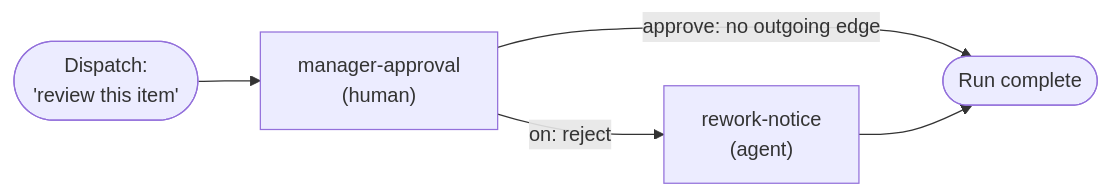
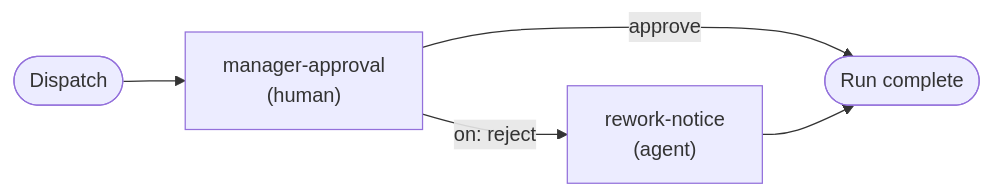
The diagram in ai/approval-engine/setup.mdx (velt-js/docs), drawn with Mermaid before and after one commit. The commit also changed other lines of this file and 18 other files, not shown here.

````diff
--- a/ai/approval-engine/setup.mdx
+++ b/ai/approval-engine/setup.mdx
@@ -52,7 +48,7 @@
 ```mermaid
 flowchart LR
-    Start([Dispatch:<br/>'review this item']) --> M["manager-approval<br/>(human)"]
-    M -->|"approve: no outgoing edge"| Done([Run complete])
+    Start([Dispatch]) --> M["manager-approval<br/>(human)"]
+    M -->|approve| Done([Run complete])
     M -->|"on: reject"| RW["rework-notice<br/>(agent)"]
     RW --> Done
 ```
````
